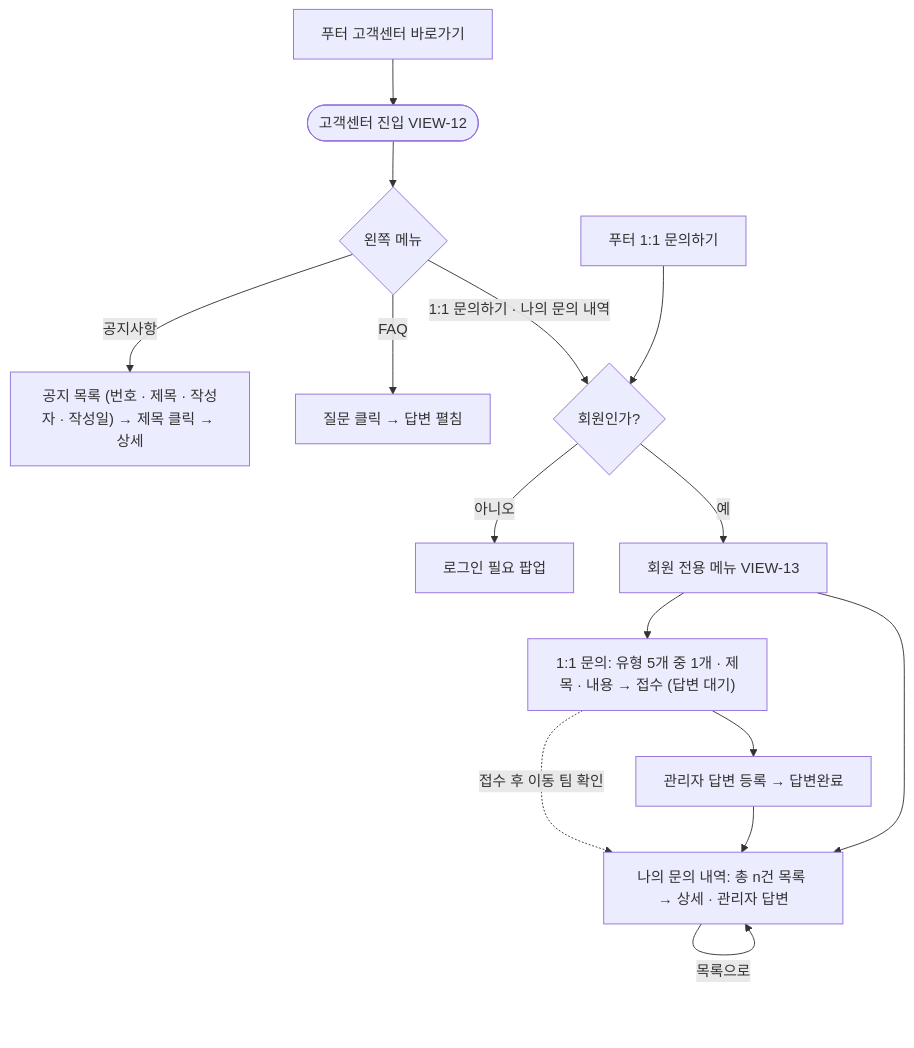
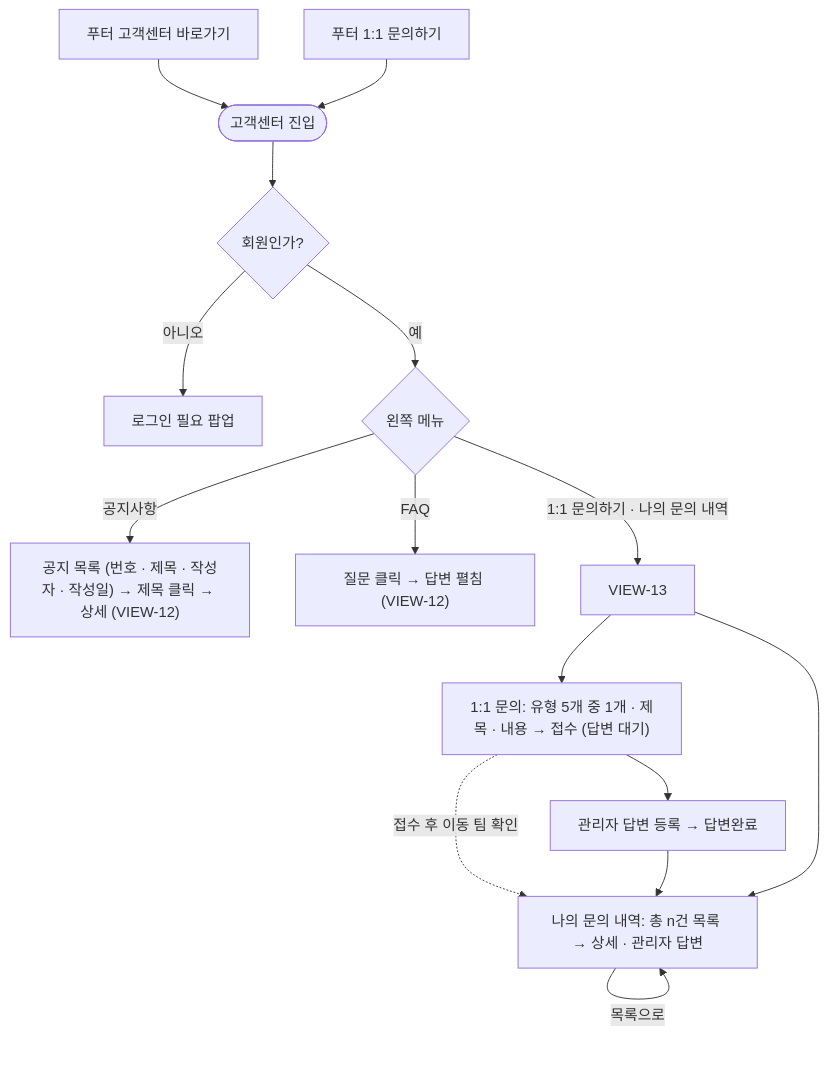
Before and after one commit to team-ap-cert-sniper/cert-sniper: diagram 11 of 12 in docs/FLOWCHART.md, drawn with Mermaid. The commit also changed other lines of this file and 27 other files, not shown here.

````diff
--- a/docs/FLOWCHART.md
+++ b/docs/FLOWCHART.md
@@ -373,17 +383,17 @@
 ```mermaid
 flowchart TD
-  A(["고객센터 진입 VIEW-12"]) --> M{"왼쪽 메뉴"}
-  FT1["푸터 고객센터 바로가기"] --> A
-  FT2["푸터 1:1 문의하기"] --> LG
-  M -->|공지사항| N["공지 목록 (번호 · 제목 · 작성자 · 작성일) → 제목 클릭 → 상세"]
-  M -->|FAQ| F["질문 클릭 → 답변 펼침"]
-  M -->|1:1 문의하기 · 나의 문의 내역| LG{"회원인가?"}
+  FT1["푸터 고객센터 바로가기"] --> A(["고객센터 진입"])
+  FT2["푸터 1:1 문의하기"] --> A
+  A --> LG{"회원인가?"}
   LG -->|아니오| P["로그인 필요 팝업"]
-  LG -->|예| V13["회원 전용 메뉴 VIEW-13"]
+  LG -->|예| M{"왼쪽 메뉴"}
+  M -->|공지사항| N["공지 목록 (번호 · 제목 · 작성자 · 작성일) → 제목 클릭 → 상세 (VIEW-12)"]
+  M -->|FAQ| F["질문 클릭 → 답변 펼침 (VIEW-12)"]
+  M -->|1:1 문의하기 · 나의 문의 내역| V13["VIEW-13"]
   V13 --> Q["1:1 문의: 유형 5개 중 1개 · 제목 · 내용 → 접수 (답변 대기)"]
   Q -.->|접수 후 이동 팀 확인| H
   V13 --> H["나의 문의 내역: 총 n건 목록 → 상세 · 관리자 답변"]
   H -->|목록으로| H
   Q --> ADM["관리자 답변 등록 → 답변완료"]
   ADM --> H
 ```
````
